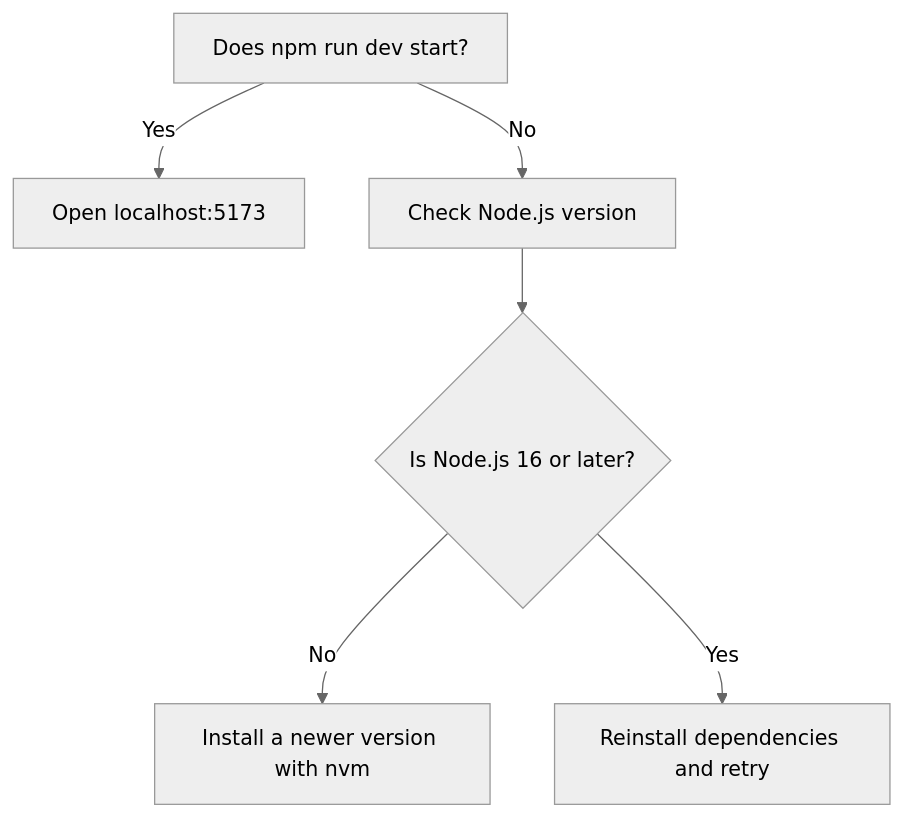
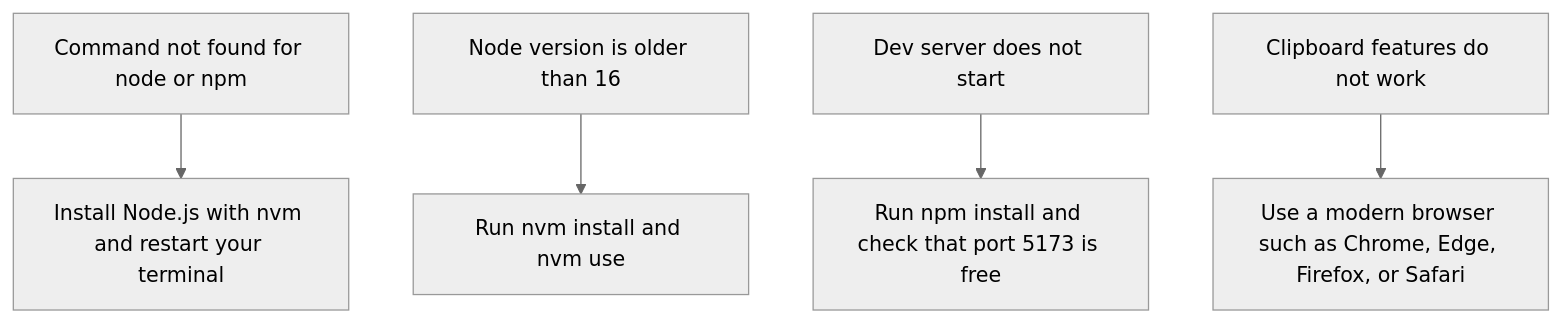
The second of 2 diagrams in api2-documentation/plan_2026-11-02_f8890e/user-facing-docs/system-requirements-and-installation.md (Mohita111/API2), drawn with Mermaid (neutral theme) before and after one commit. The commit also changed other lines of this file and 11 other files, not shown here.

````diff
--- a/api2-documentation/plan_2026-11-02_f8890e/user-facing-docs/system-requirements-and-installation.md
+++ b/api2-documentation/plan_2026-11-02_f8890e/user-facing-docs/system-requirements-and-installation.md
@@ -82,8 +55,7 @@
 ```mermaid
 graph TD
-    A["Does npm run dev start?"] -->|Yes| B["Open localhost:5173"]
-    A -->|No| C["Check Node.js version"]
-    C --> D{"Is Node.js 16 or later?"}
-    D -->|No| E[Install a newer version with nvm]
-    D -->|Yes| F[Reinstall dependencies and retry]
+    A[Command not found for node or npm] --> B["Install Node.js with nvm and restart your terminal"]
+    C[Node version is older than 16] --> D[Run nvm install and nvm use]
+    E[Dev server does not start] --> F[Run npm install and check that port 5173 is free]
+    G[Clipboard features do not work] --> H["Use a modern browser such as Chrome, Edge, Firefox, or Safari"]
 ```
````
